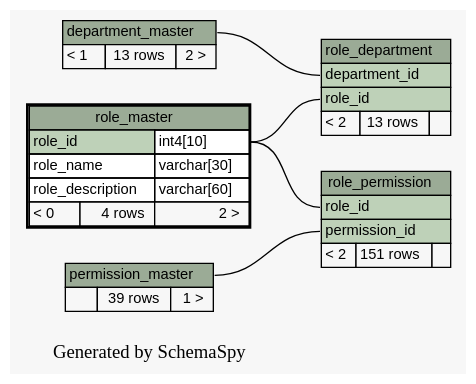
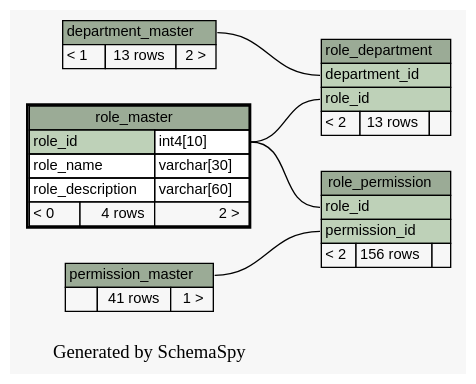
The diagram in docs/database/schemaspy/graphs/role_master.2degrees.dot (engineerscraft/hrms), drawn with Graphviz before and after one commit. The commit also changed 144 other files, not shown here.

```diff
--- a/docs/database/schemaspy/graphs/role_master.2degrees.dot
+++ b/docs/database/schemaspy/graphs/role_master.2degrees.dot
@@ -1,73 +1,73 @@
 // dot 2.38.0 on Windows 8.1 6.3
 digraph "twoDegreesRelationshipsGraph" {
   graph [
     rankdir="RL"
     bgcolor="#f7f7f7"
     label="\nGenerated by SchemaSpy"
     labeljust="l"
   ];
   node [
     fontname="Helvetica"
     fontsize="11"
     shape="plaintext"
   ];
   edge [
     arrowsize="0.8"
   ];
   "role_department":"department_id":w -> "department_master":"department_master.heading":e [arrowtail=crowtee arrowhead=none];
   "role_department":"role_id":w -> "role_master":"role_id.type":e [arrowtail=crowtee arrowhead=none];
   "role_permission":"permission_id":w -> "permission_master":"permission_master.heading":e [arrowtail=crowtee arrowhead=none];
   "role_permission":"role_id":w -> "role_master":"role_id.type":e [arrowtail=crowtee arrowhead=none];
   "department_master" [
     label=<
     <TABLE BORDER="0" CELLBORDER="1" CELLSPACING="0" BGCOLOR="#ffffff">
       <TR><TD PORT="department_master.heading" COLSPAN="3" BGCOLOR="#9bab96" ALIGN="CENTER">department_master</TD></TR>
       <TR><TD ALIGN="LEFT" BGCOLOR="#f7f7f7">&lt; 1</TD><TD ALIGN="RIGHT" BGCOLOR="#f7f7f7">13 rows</TD><TD ALIGN="RIGHT" BGCOLOR="#f7f7f7">2 &gt;</TD></TR>
     </TABLE>>
     URL="department_master.html#graph"
     tooltip="department_master"
   ];
   "permission_master" [
     label=<
     <TABLE BORDER="0" CELLBORDER="1" CELLSPACING="0" BGCOLOR="#ffffff">
       <TR><TD PORT="permission_master.heading" COLSPAN="3" BGCOLOR="#9bab96" ALIGN="CENTER">permission_master</TD></TR>
-      <TR><TD ALIGN="LEFT" BGCOLOR="#f7f7f7">  </TD><TD ALIGN="RIGHT" BGCOLOR="#f7f7f7">39 rows</TD><TD ALIGN="RIGHT" BGCOLOR="#f7f7f7">1 &gt;</TD></TR>
+      <TR><TD ALIGN="LEFT" BGCOLOR="#f7f7f7">  </TD><TD ALIGN="RIGHT" BGCOLOR="#f7f7f7">41 rows</TD><TD ALIGN="RIGHT" BGCOLOR="#f7f7f7">1 &gt;</TD></TR>
     </TABLE>>
     URL="permission_master.html#graph"
     tooltip="permission_master"
   ];
   "role_department" [
     label=<
     <TABLE BORDER="0" CELLBORDER="1" CELLSPACING="0" BGCOLOR="#ffffff">
       <TR><TD PORT="role_department.heading" COLSPAN="3" BGCOLOR="#9bab96" ALIGN="CENTER">role_department</TD></TR>
       <TR><TD PORT="department_id" COLSPAN="3" BGCOLOR="#bed1b8" ALIGN="LEFT">department_id</TD></TR>
       <TR><TD PORT="role_id" COLSPAN="3" BGCOLOR="#bed1b8" ALIGN="LEFT">role_id</TD></TR>
       <TR><TD ALIGN="LEFT" BGCOLOR="#f7f7f7">&lt; 2</TD><TD ALIGN="RIGHT" BGCOLOR="#f7f7f7">13 rows</TD><TD ALIGN="RIGHT" BGCOLOR="#f7f7f7">  </TD></TR>
     </TABLE>>
     URL="role_department.html#graph"
     tooltip="role_department"
   ];
   "role_master" [
     label=<
     <TABLE BORDER="2" CELLBORDER="1" CELLSPACING="0" BGCOLOR="#ffffff">
       <TR><TD PORT="role_master.heading" COLSPAN="3" BGCOLOR="#9bab96" ALIGN="CENTER">role_master</TD></TR>
       <TR><TD PORT="role_id" COLSPAN="2" BGCOLOR="#bed1b8" ALIGN="LEFT">role_id</TD><TD PORT="role_id.type" ALIGN="LEFT">int4[10]</TD></TR>
       <TR><TD PORT="role_name" COLSPAN="2" ALIGN="LEFT">role_name</TD><TD PORT="role_name.type" ALIGN="LEFT">varchar[30]</TD></TR>
       <TR><TD PORT="role_description" COLSPAN="2" ALIGN="LEFT">role_description</TD><TD PORT="role_description.type" ALIGN="LEFT">varchar[60]</TD></TR>
       <TR><TD ALIGN="LEFT" BGCOLOR="#f7f7f7">&lt; 0</TD><TD ALIGN="RIGHT" BGCOLOR="#f7f7f7">4 rows</TD><TD ALIGN="RIGHT" BGCOLOR="#f7f7f7">2 &gt;</TD></TR>
     </TABLE>>
     URL="role_master.html#"
     tooltip="role_master"
   ];
   "role_permission" [
     label=<
     <TABLE BORDER="0" CELLBORDER="1" CELLSPACING="0" BGCOLOR="#ffffff">
       <TR><TD PORT="role_permission.heading" COLSPAN="3" BGCOLOR="#9bab96" ALIGN="CENTER">role_permission</TD></TR>
       <TR><TD PORT="role_id" COLSPAN="3" BGCOLOR="#bed1b8" ALIGN="LEFT">role_id</TD></TR>
       <TR><TD PORT="permission_id" COLSPAN="3" BGCOLOR="#bed1b8" ALIGN="LEFT">permission_id</TD></TR>
-      <TR><TD ALIGN="LEFT" BGCOLOR="#f7f7f7">&lt; 2</TD><TD ALIGN="RIGHT" BGCOLOR="#f7f7f7">151 rows</TD><TD ALIGN="RIGHT" BGCOLOR="#f7f7f7">  </TD></TR>
+      <TR><TD ALIGN="LEFT" BGCOLOR="#f7f7f7">&lt; 2</TD><TD ALIGN="RIGHT" BGCOLOR="#f7f7f7">156 rows</TD><TD ALIGN="RIGHT" BGCOLOR="#f7f7f7">  </TD></TR>
     </TABLE>>
     URL="role_permission.html#graph"
     tooltip="role_permission"
   ];
 }
```
